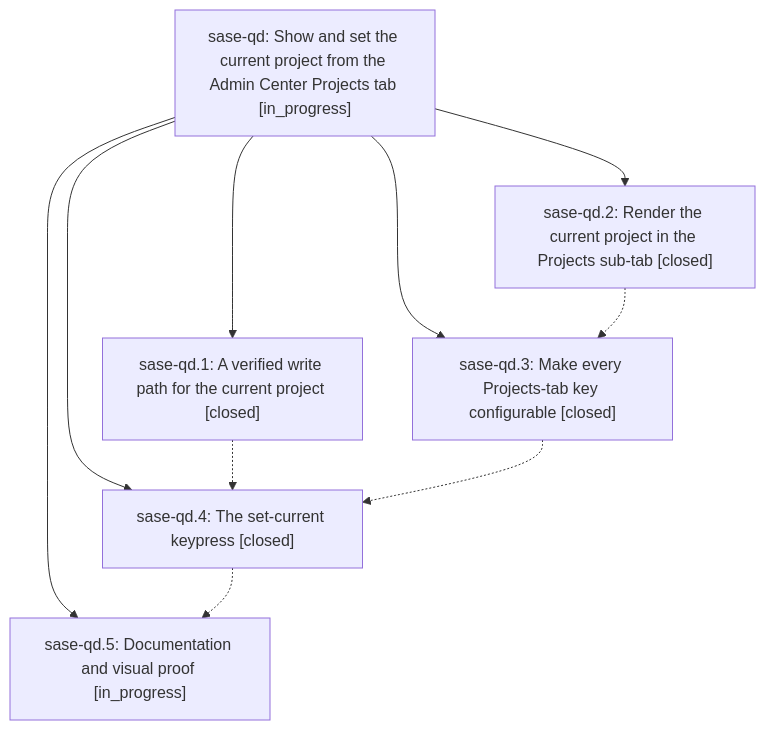
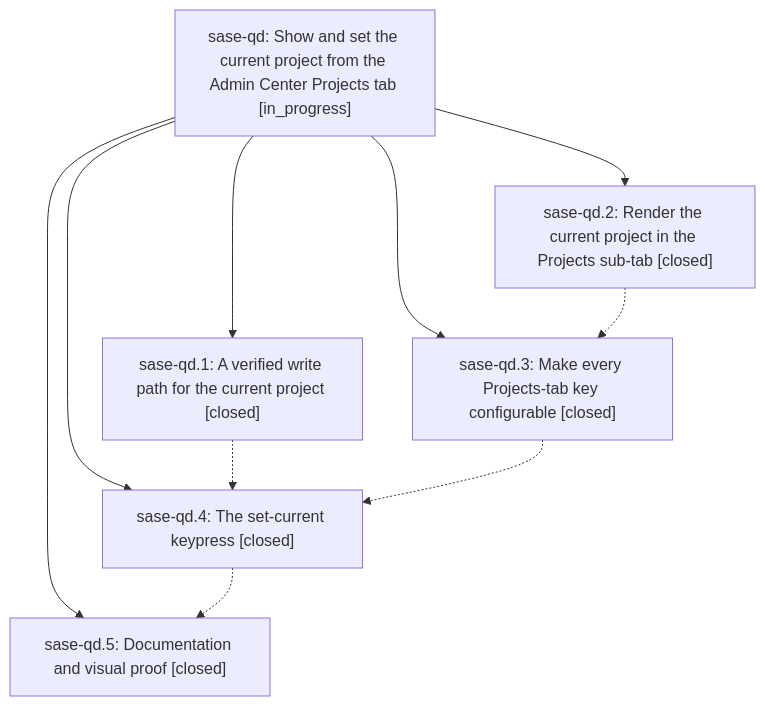
Before and after one commit to sase-org/sase--beads: the diagram in pages/sase-qd/README.md, drawn with Mermaid. The commit also changed other lines of this file and 2 other files, not shown here.

First line of the commit message:
chore(beads): sync bead state and pages for sase-qd

````diff
--- a/pages/sase-qd/README.md
+++ b/pages/sase-qd/README.md
@@ -26,18 +26,18 @@
 ```mermaid
 flowchart TD
     n0["sase-qd: Show and set the current project from the Admin Center Projects tab [in_progress]"]
     n1["sase-qd.1: A verified write path for the current project [closed]"]
     n2["sase-qd.2: Render the current project in the Projects sub-tab [closed]"]
     n3["sase-qd.3: Make every Projects-tab key configurable [closed]"]
     n4["sase-qd.4: The set-current keypress [closed]"]
-    n5["sase-qd.5: Documentation and visual proof [in_progress]"]
+    n5["sase-qd.5: Documentation and visual proof [closed]"]
     n0 --> n1
     n0 --> n2
     n0 --> n3
     n0 --> n4
     n0 --> n5
     n1 -.-> n4
     n2 -.-> n3
     n3 -.-> n4
     n4 -.-> n5
 ```
````
